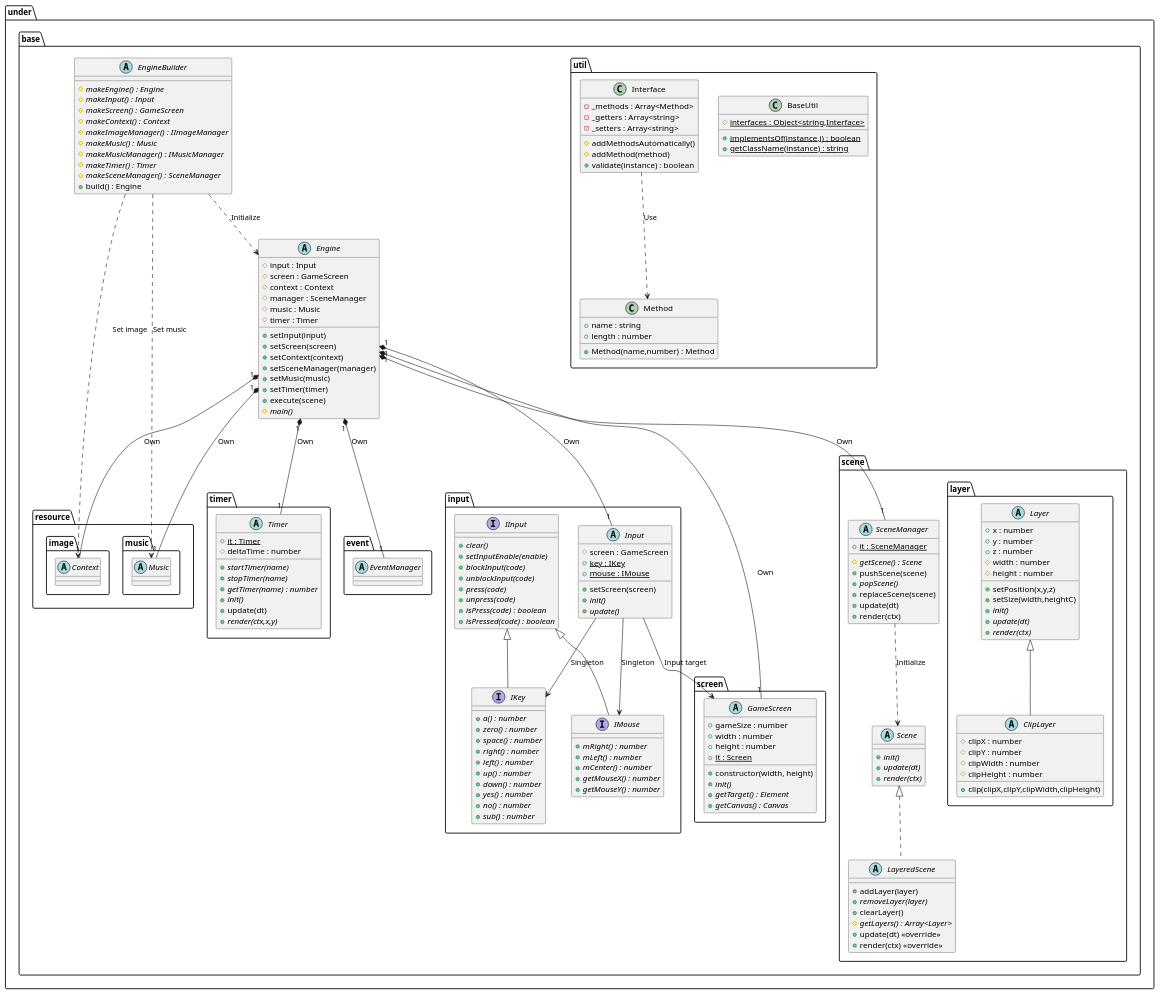
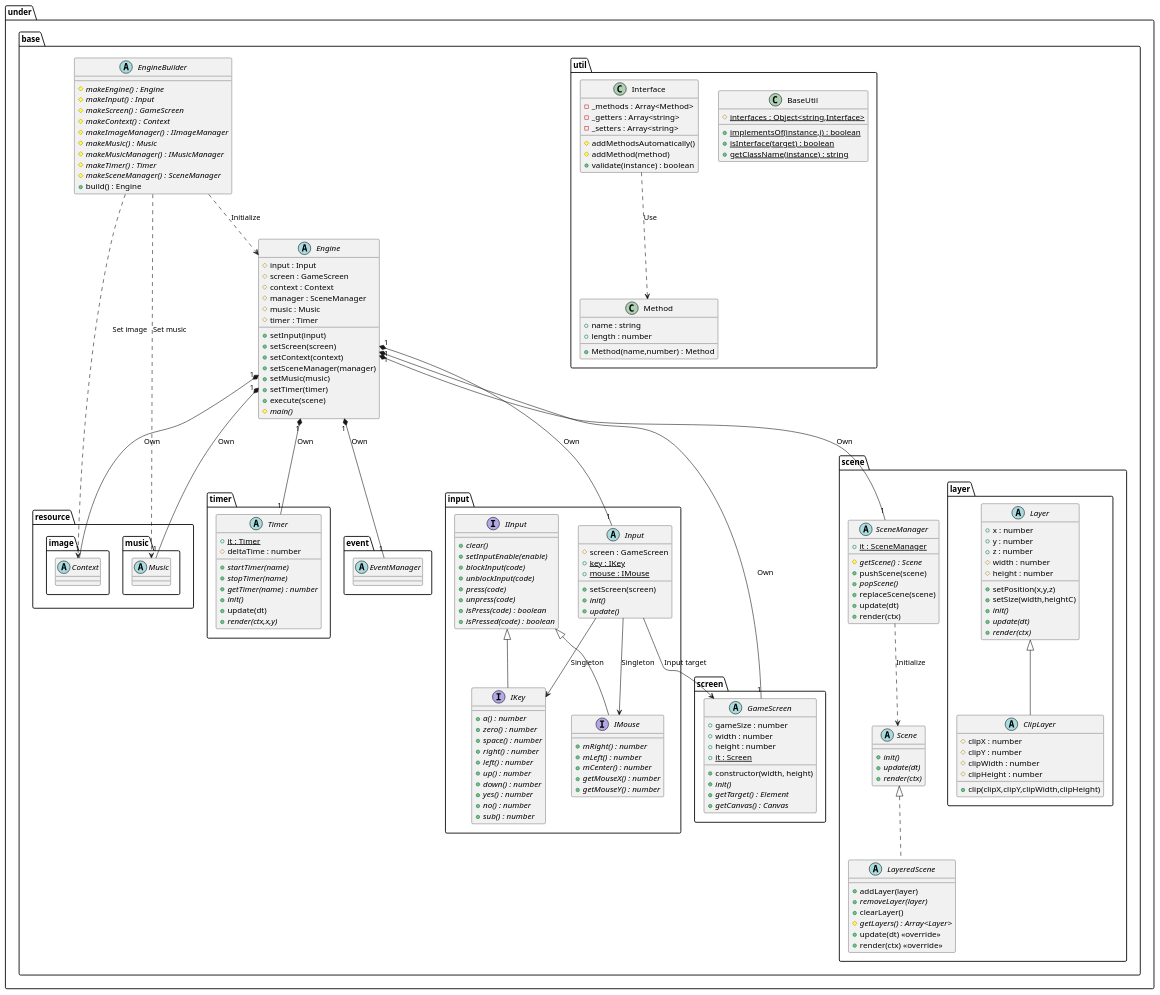
One commit to Expine/Under changed the diagram in uml/gamebase/Base.wsd. Above: the diagram before and after it, drawn with PlantUML. The commit also changed 42 other files, not shown here.

```diff
--- a/uml/gamebase/Base.wsd
+++ b/uml/gamebase/Base.wsd
@@ -151,6 +151,7 @@
             class BaseUtil {
                 {static} #interfaces : Object<string,Interface>
                 {static} +implementsOf(instance,i) : boolean
+                {static} +isInterface(target) : boolean
                 {static} +getClassName(instance) : string
             }
             class Interface {
```
